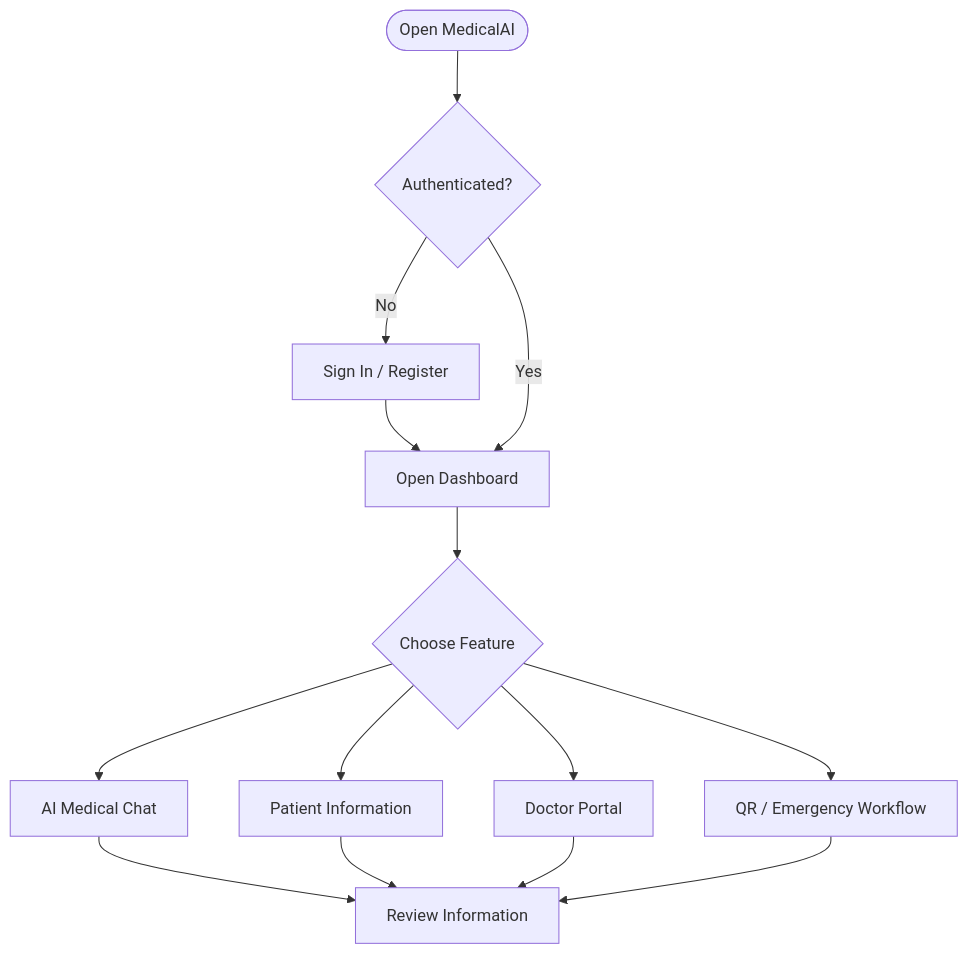
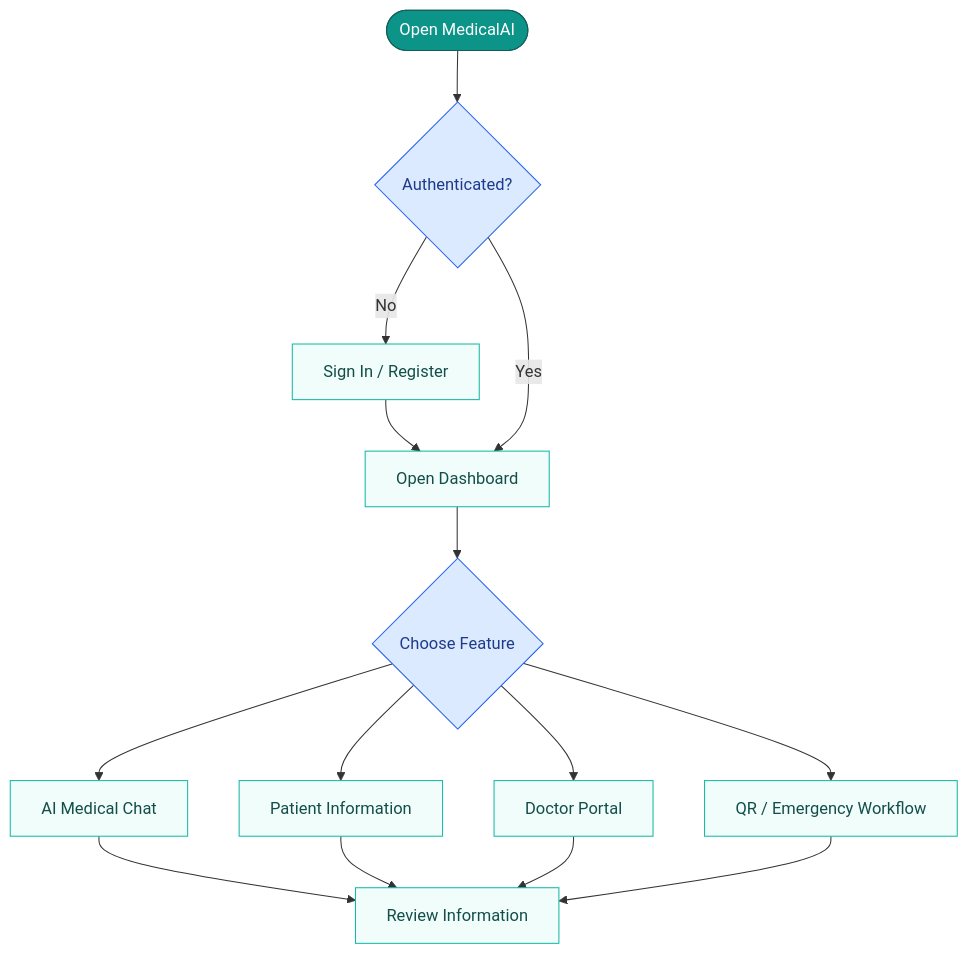
Before and after one commit to uiaryanyadav1109-dev/MedicalAI: the second of 2 diagrams in README.md, drawn with Mermaid. The commit also changed other lines of this file, not shown here.

````diff
--- a/README.md
+++ b/README.md
@@ -52,16 +89,26 @@
 ```mermaid
 flowchart TD
-    A([Open MedicalAI]) --> B{Authenticated?}
-    B -- No --> C[Sign In / Register]
-    C --> D[Open Dashboard]
+    A(["Open MedicalAI"]) --> B{"Authenticated?"}
+    B -- No --> C["Sign In / Register"]
+    C --> D["Open Dashboard"]
     B -- Yes --> D
-    D --> E{Choose Feature}
-    E --> F[AI Medical Chat]
-    E --> G[Patient Information]
-    E --> H[Doctor Portal]
-    E --> I[QR / Emergency Workflow]
-    F --> J[Review Information]
+
+    D --> E{"Choose Feature"}
+    E --> F["AI Medical Chat"]
+    E --> G["Patient Information"]
+    E --> H["Doctor Portal"]
+    E --> I["QR / Emergency Workflow"]
+
+    F --> J["Review Information"]
     G --> J
     H --> J
     I --> J
+
+    classDef start fill:#0D9488,stroke:#115E59,color:#FFFFFF
+    classDef decision fill:#DBEAFE,stroke:#2563EB,color:#1E3A8A
+    classDef action fill:#F0FDFA,stroke:#14B8A6,color:#134E4A
+
+    class A start
+    class B,E decision
+    class C,D,F,G,H,I,J action
 ```
````
